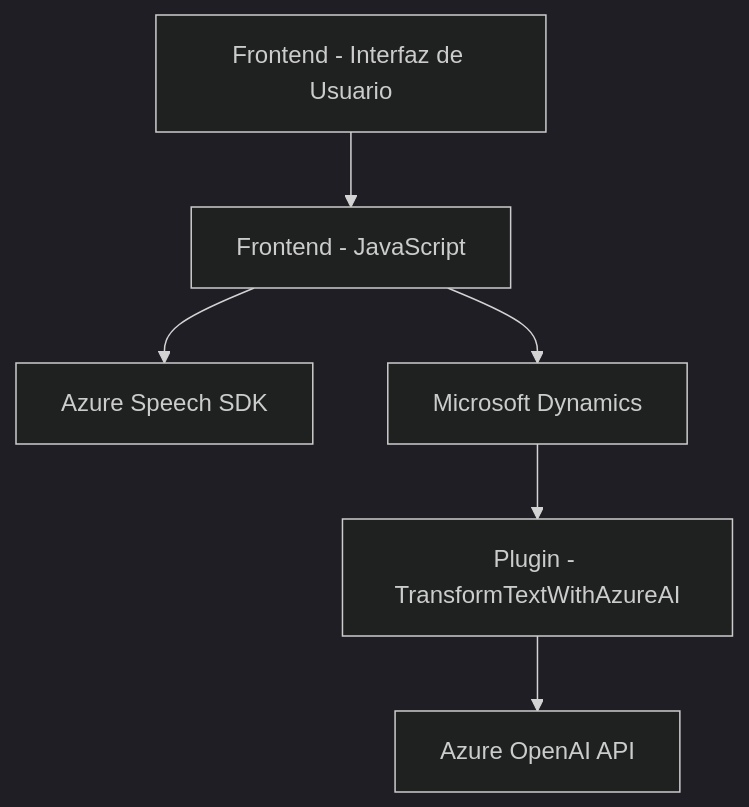
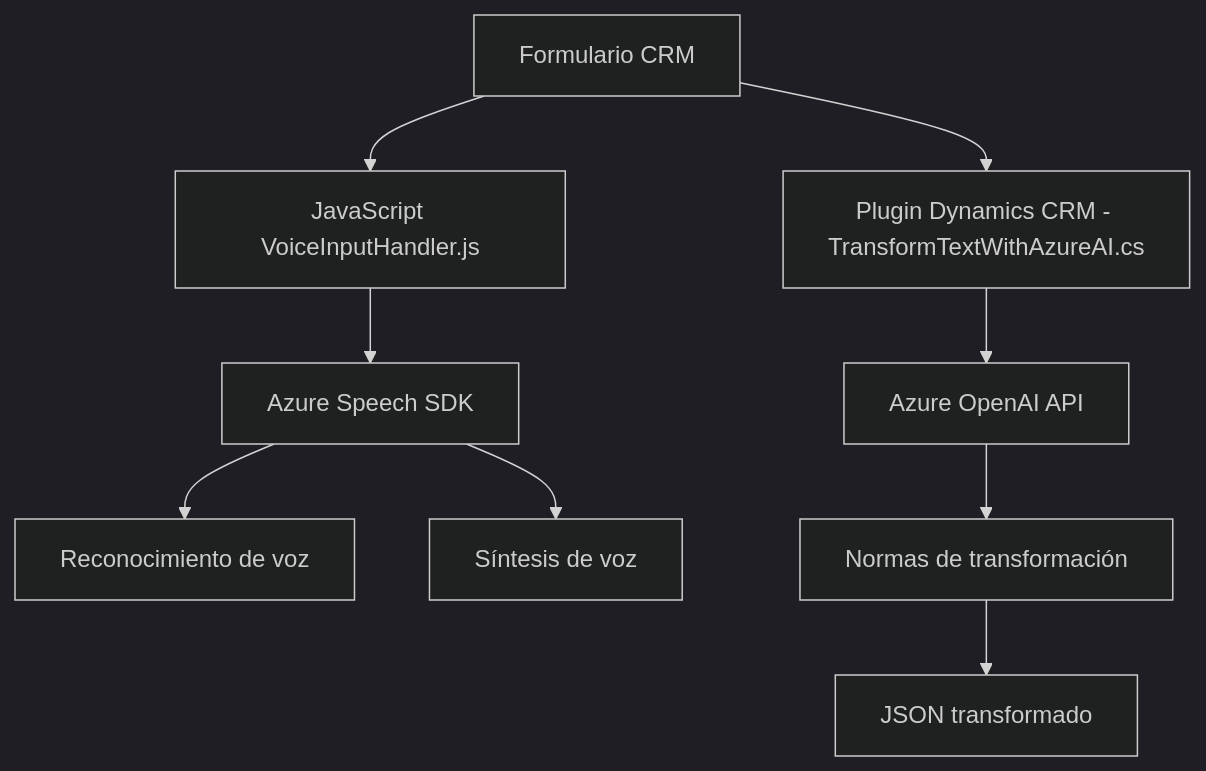
One commit to blopezdm/NETCORE_BILBAO2025 changed the diagram in README.md. Above: the diagram before and after it, drawn with Mermaid (dark theme). The commit also changed other lines of this file, not shown here.

````diff
--- a/README.md
+++ b/README.md
@@ -45,15 +51,11 @@
 ```mermaid
 graph TD
-    UI["Frontend - Interfaz de Usuario"]
-    JS["Frontend - JavaScript"]
-    AzureSpeechSDK["Azure Speech SDK"]
-    Dynamics["Microsoft Dynamics"]
-    Plugin["Plugin - TransformTextWithAzureAI"]
-    AzureOpenAI["Azure OpenAI API"]
-    
-    UI --> JS
-    JS --> AzureSpeechSDK
-    JS --> Dynamics
-    Dynamics --> Plugin
-    Plugin --> AzureOpenAI
+    A["Formulario CRM"] --> B["JavaScript VoiceInputHandler.js"]
+    B-->C["Azure Speech SDK"]
+    C-->D["Reconocimiento de voz"]
+    C-->E["Síntesis de voz"]
+    A-->F["Plugin Dynamics CRM - TransformTextWithAzureAI.cs"]
+    F-->G["Azure OpenAI API"]
+    G-->H["Normas de transformación"]
+    H-->I["JSON transformado"]
 ```
````
